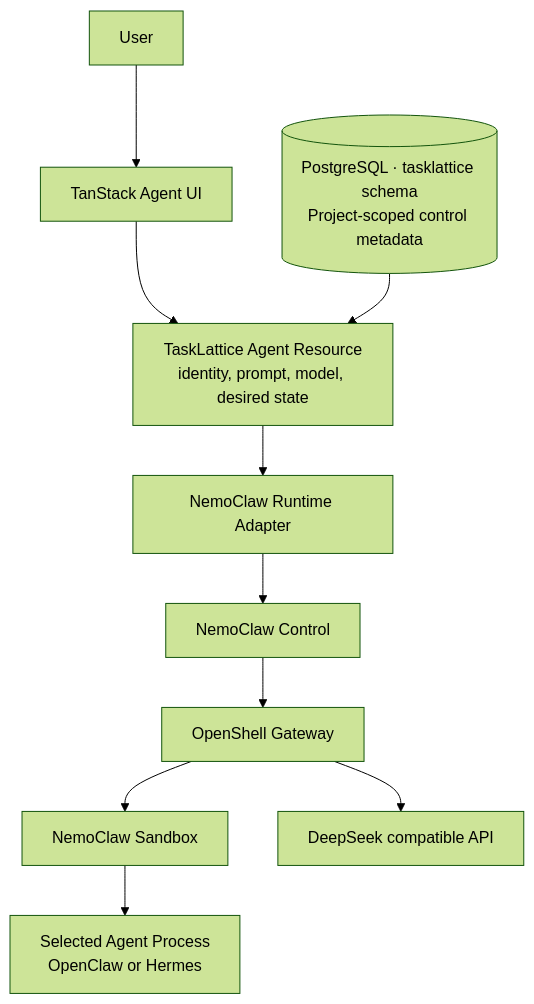
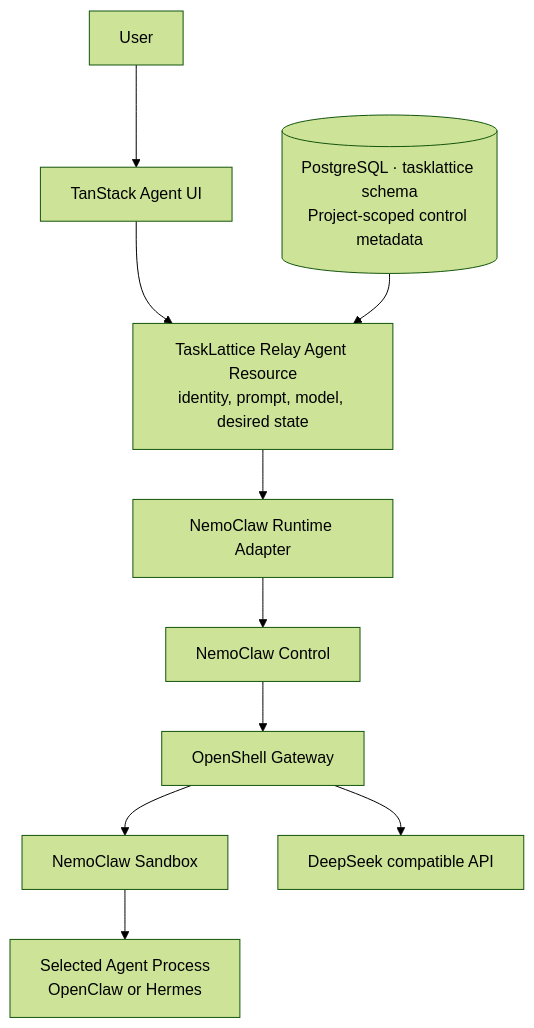
The first of 2 diagrams in docs/mvp-core-flow.md (feng2009-hub/tasklattice-relay), drawn with Mermaid (forest theme) before and after one commit. The commit also changed other lines of this file and 285 other files, not shown here.

Commit message:
chore: establish TaskLattice Relay organization repository

````diff
--- a/docs/mvp-core-flow.md
+++ b/docs/mvp-core-flow.md
@@ -19,12 +19,12 @@
 ```mermaid
 flowchart TD
     USER["User"] --> UI["TanStack Agent UI"]
-    UI --> RESOURCE["TaskLattice Agent Resource<br/>identity, prompt, model, desired state"]
+    UI --> RESOURCE["TaskLattice Relay Agent Resource<br/>identity, prompt, model, desired state"]
     DB[("PostgreSQL · tasklattice schema<br/>Project-scoped control metadata")] --> RESOURCE
     RESOURCE --> ADAPTER["NemoClaw Runtime Adapter"]
     ADAPTER --> CONTROL["NemoClaw Control"]
     CONTROL --> GATEWAY["OpenShell Gateway"]
     GATEWAY --> SANDBOX["NemoClaw Sandbox"]
     SANDBOX --> AGENT["Selected Agent Process<br/>OpenClaw or Hermes"]
     GATEWAY --> INFERENCE["DeepSeek compatible API"]
 ```
````
